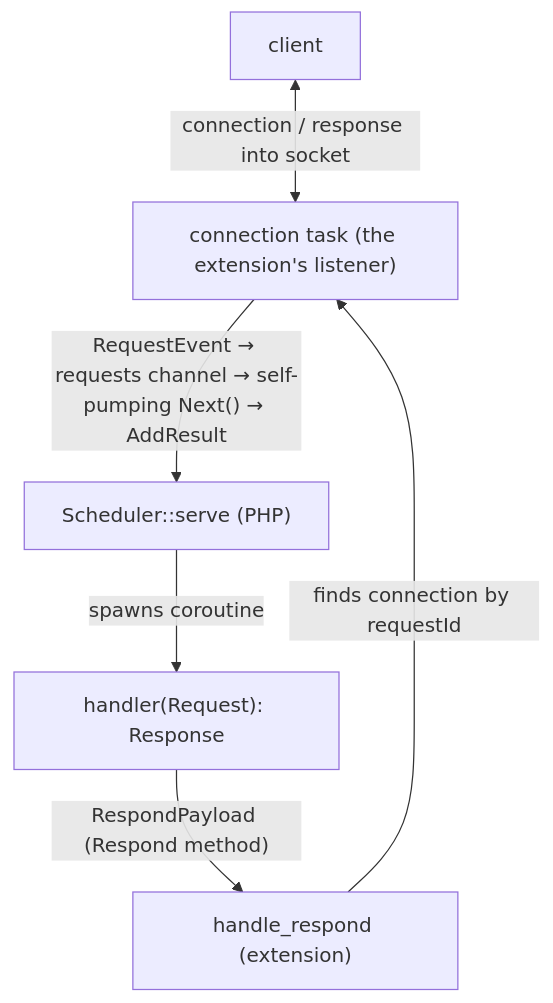
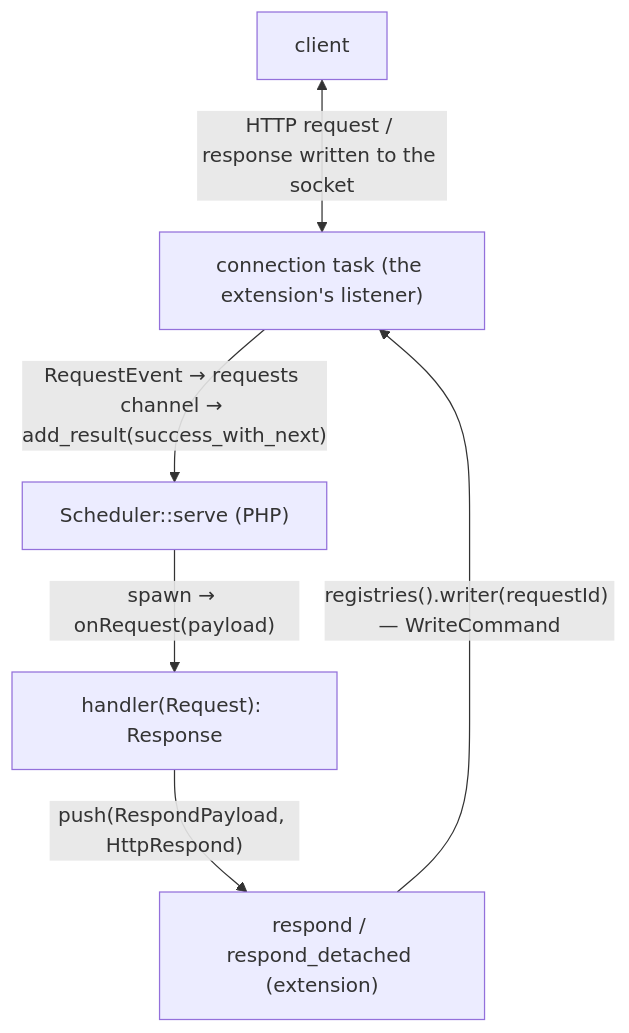
Before and after one commit to sprust/sconcur: the diagram in docs/adding-a-server.md, drawn with Mermaid. The commit also changed other lines of this file and 51 other files, not shown here.

````diff
--- a/docs/adding-a-server.md
+++ b/docs/adding-a-server.md
@@ -41,14 +42,14 @@
 ```mermaid
 flowchart TB
     client["client"]
     serve["connection task (the extension's listener)"]
     sched["Scheduler::serve (PHP)"]
     handler["handler(Request): Response"]
-    respond["handle_respond (extension)"]
+    respond["respond / respond_detached (extension)"]
 
-    client <-->|"connection / response into socket"| serve
-    serve -->|"RequestEvent → requests channel → self-pumping Next() → AddResult"| sched
-    sched -->|"spawns coroutine"| handler
-    handler -->|"RespondPayload (Respond method)"| respond
-    respond -->|"finds connection by requestId"| serve
+    client <-->|"HTTP request / response written to the socket"| serve
+    serve -->|"RequestEvent → requests channel → add_result(success_with_next)"| sched
+    sched -->|"spawn → onRequest(payload)"| handler
+    handler -->|"push(RespondPayload, HttpRespond)"| respond
+    respond -->|"registries().writer(requestId) — WriteCommand"| serve
 ```
````
